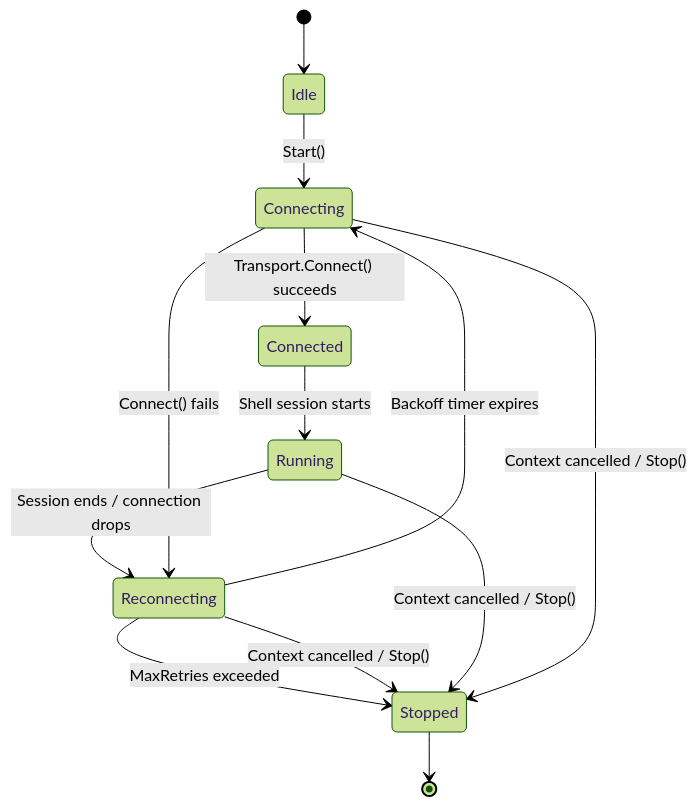
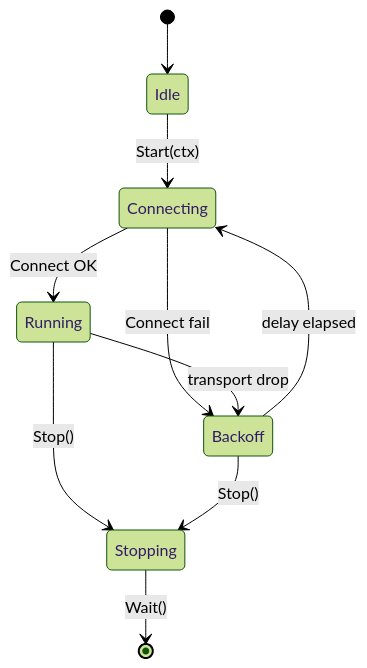
The first of 2 diagrams in docs/techniques/c2/reverse-shell.md (oioio-space/maldev), drawn with Mermaid (forest theme) before and after one commit. The commit also changed other lines of this file and 8 other files, not shown here.

````diff
--- a/docs/techniques/c2/reverse-shell.md
+++ b/docs/techniques/c2/reverse-shell.md
@@ -24,18 +45,12 @@
 ```mermaid
 stateDiagram-v2
     [*] --> Idle
-
-    Idle --> Connecting: Start()
-    Connecting --> Connected: Transport.Connect() succeeds
-    Connected --> Running: Shell session starts
-    Running --> Reconnecting: Session ends / connection drops
-    Reconnecting --> Connecting: Backoff timer expires
-    Reconnecting --> Stopped: MaxRetries exceeded
-    Reconnecting --> Stopped: Context cancelled / Stop()
-
-    Connecting --> Reconnecting: Connect() fails
-    Running --> Stopped: Context cancelled / Stop()
-    Connecting --> Stopped: Context cancelled / Stop()
-
-    Stopped --> [*]
+    Idle --> Connecting : Start(ctx)
+    Connecting --> Running : Connect OK
+    Connecting --> Backoff : Connect fail
+    Backoff --> Connecting : delay elapsed
+    Running --> Backoff : transport drop
+    Running --> Stopping : Stop()
+    Backoff --> Stopping : Stop()
+    Stopping --> [*] : Wait()
 ```
````
